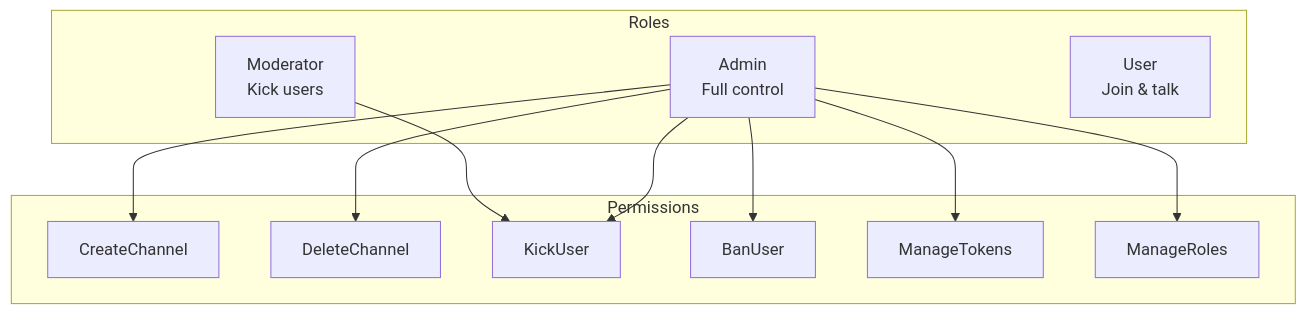
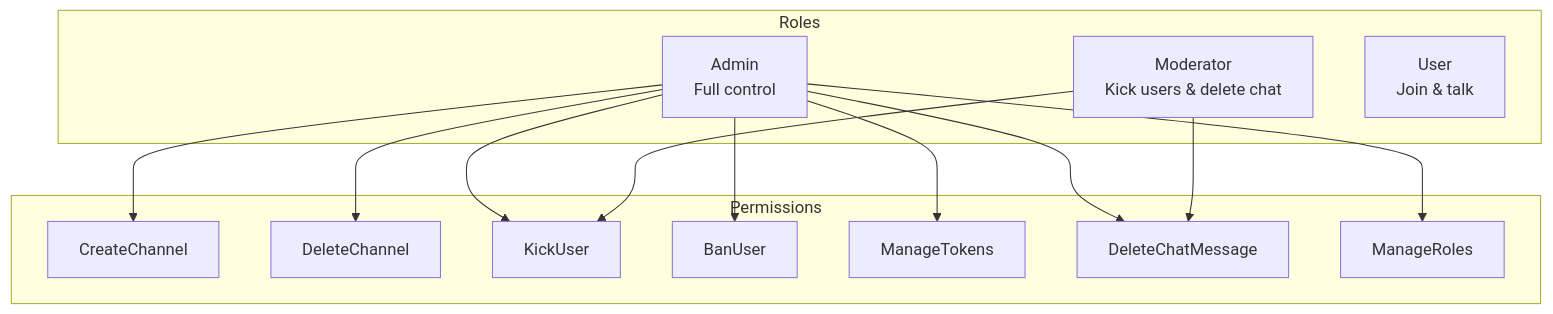
The fourth of 4 diagrams in docs/security.md (NicolasHaas/gospeak), drawn with Mermaid before and after one commit. The commit also changed other lines of this file and 12 other files, not shown here.

````diff
--- a/docs/security.md
+++ b/docs/security.md
@@ -239,25 +198,28 @@
 ```mermaid
 graph TB
     subgraph Roles
         ADMIN[Admin<br/>Full control]
-        MOD[Moderator<br/>Kick users]
+        MOD[Moderator<br/>Kick users & delete chat]
         USER[User<br/>Join & talk]
     end
 
     subgraph Permissions
         P1[CreateChannel]
         P2[DeleteChannel]
         P3[KickUser]
         P4[BanUser]
         P5[ManageTokens]
+        P6[DeleteChatMessage]
         P7[ManageRoles]
     end
 
     ADMIN --> P1
     ADMIN --> P2
     ADMIN --> P3
     ADMIN --> P4
     ADMIN --> P5
+    ADMIN --> P6
     ADMIN --> P7
     MOD --> P3
+    MOD --> P6
 ```
````
